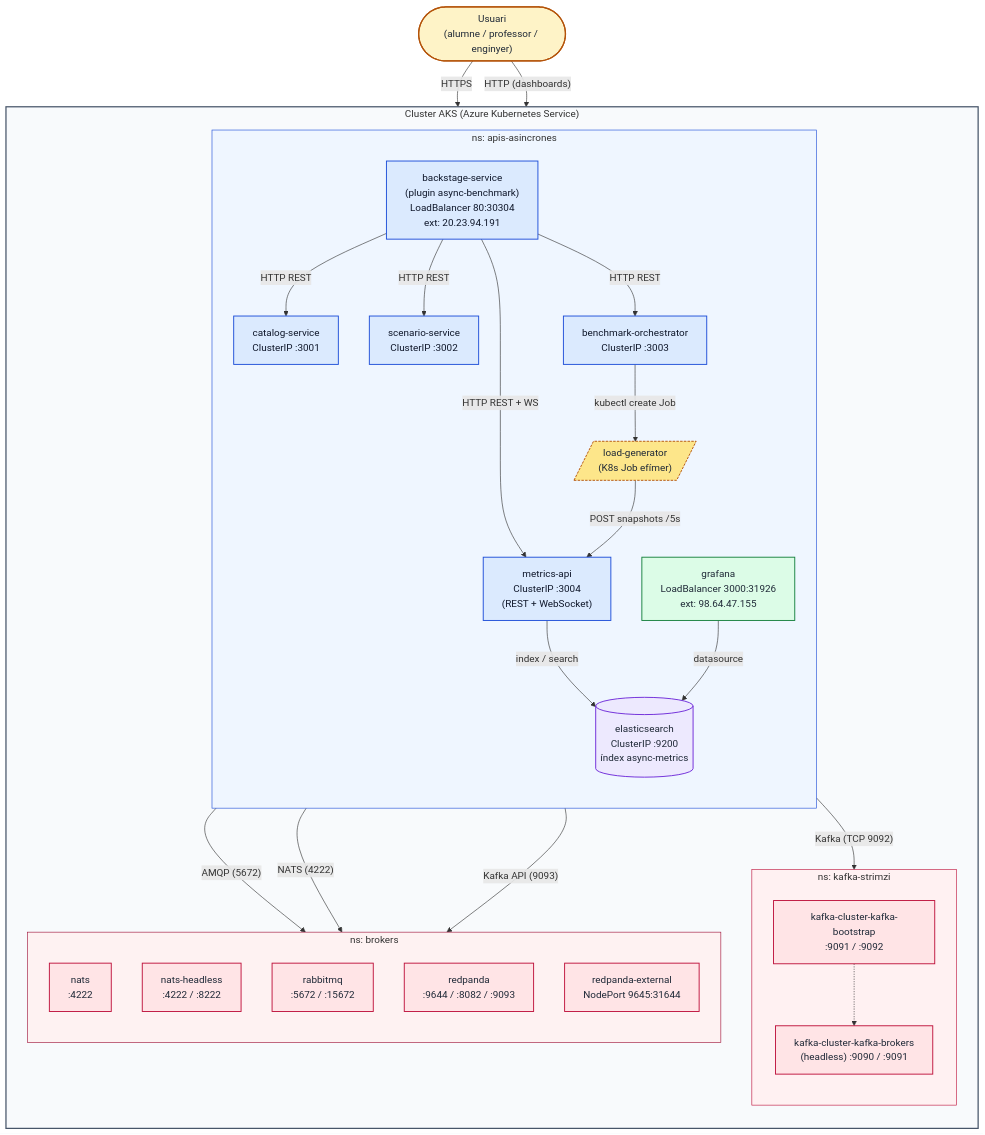
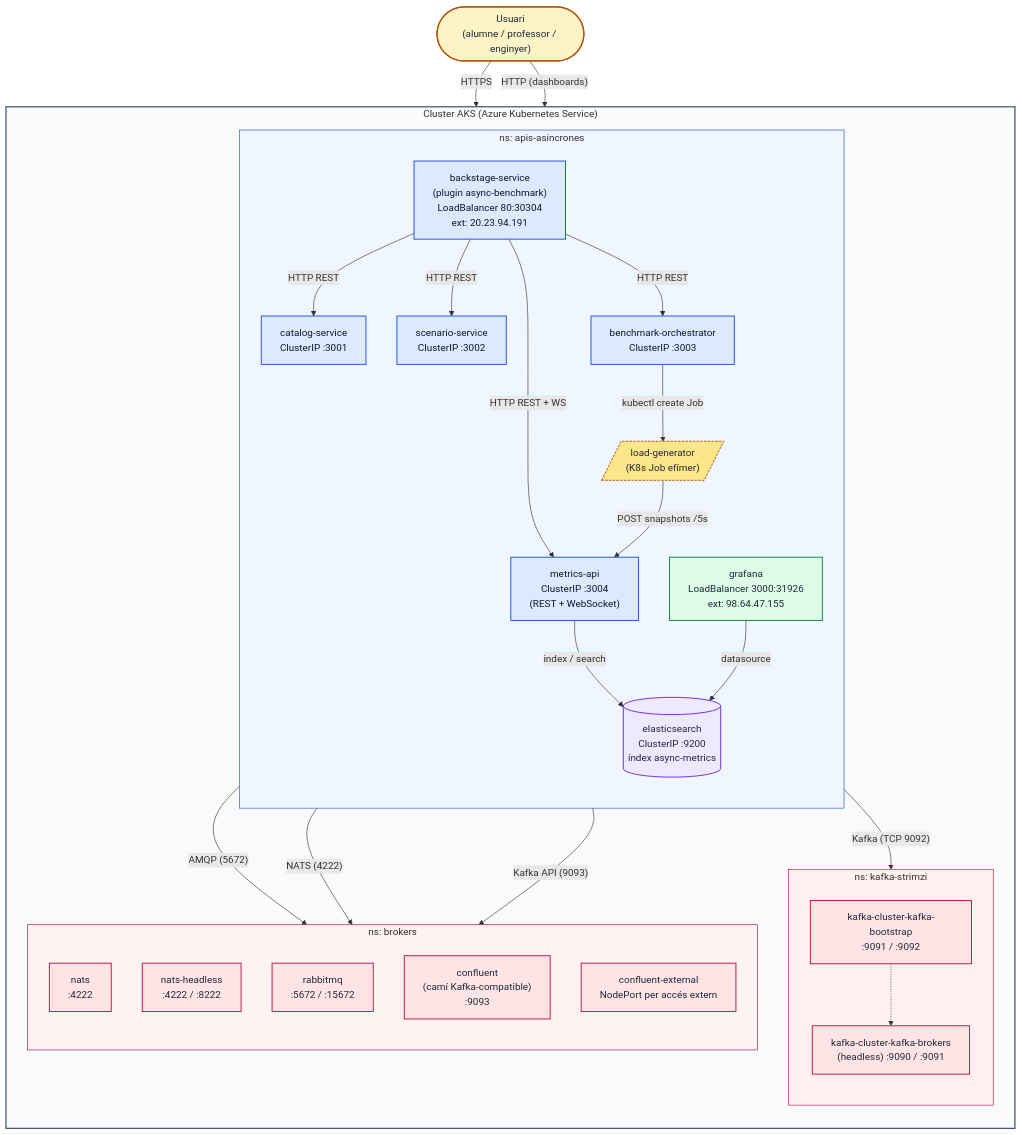
One commit to marcfontt/apis-asincrones changed the diagram in docs/architecture.md. Above: the diagram before and after it, drawn with Mermaid. The commit also changed other lines of this file and 15 other files, not shown here.

````diff
--- a/docs/architecture.md
+++ b/docs/architecture.md
@@ -23,80 +23,80 @@
 ```mermaid
 flowchart TB
     %% Usuari extern
     user(["Usuari<br/>(alumne / professor / enginyer)"]):::external
 
     %% Cluster AKS
     subgraph cluster["Cluster AKS (Azure Kubernetes Service)"]
         direction TB
 
         %% Namespace: apis-asincrones
         subgraph nsApp["ns: apis-asincrones"]
             direction TB
             backstage["backstage-service<br/>(plugin async-benchmark)<br/>LoadBalancer 80:30304<br/>ext: 20.23.94.191"]:::app
             catalog["catalog-service<br/>ClusterIP :3001"]:::app
             scenario["scenario-service<br/>ClusterIP :3002"]:::app
             orchestrator["benchmark-orchestrator<br/>ClusterIP :3003"]:::app
             metrics["metrics-api<br/>ClusterIP :3004<br/>(REST + WebSocket)"]:::app
             es[("elasticsearch<br/>ClusterIP :9200<br/>índex async-metrics")]:::data
             grafana["grafana<br/>LoadBalancer 3000:31926<br/>ext: 98.64.47.155"]:::obs
             loadgen[/"load-generator<br/>(K8s Job efímer)"/]:::job
         end
 
         %% Namespace: kafka-strimzi
         subgraph nsKafka["ns: kafka-strimzi"]
             direction TB
             kafkaBoot["kafka-cluster-kafka-bootstrap<br/>:9091 / :9092"]:::broker
             kafkaBrokers["kafka-cluster-kafka-brokers<br/>(headless) :9090 / :9091"]:::broker
         end
 
         %% Namespace: brokers
         subgraph nsBrokers["ns: brokers"]
             direction TB
             nats["nats<br/>:4222"]:::broker
             natsHl["nats-headless<br/>:4222 / :8222"]:::broker
             rabbit["rabbitmq<br/>:5672 / :15672"]:::broker
-            redpanda["redpanda<br/>:9644 / :8082 / :9093"]:::broker
-            redpandaExt["redpanda-external<br/>NodePort 9645:31644"]:::broker
+            confluent["confluent<br/>(camí Kafka-compatible)<br/>:9093"]:::broker
+            confluentExt["confluent-external<br/>NodePort per accés extern"]:::broker
         end
     end
 
     %% Flux de l'usuari
     user -- "HTTPS" --> backstage
     user -- "HTTP (dashboards)" --> grafana
 
     %% Plugin -> backends interns
     backstage -- "HTTP REST" --> catalog
     backstage -- "HTTP REST" --> scenario
     backstage -- "HTTP REST" --> orchestrator
     backstage -- "HTTP REST + WS" --> metrics
 
     %% Orquestrador desplega Jobs
     orchestrator -- "kubectl create Job" --> loadgen
 
     %% Load generator -> brokers
     loadgen -- "Kafka (TCP 9092)" --> kafkaBoot
     loadgen -- "AMQP (5672)" --> rabbit
     loadgen -- "NATS (4222)" --> nats
-    loadgen -- "Kafka API (9093)" --> redpanda
+    loadgen -- "Kafka API (9093)" --> confluent
 
     %% Mètriques
     loadgen -- "POST snapshots /5s" --> metrics
     metrics -- "index / search" --> es
     grafana -- "datasource" --> es
 
     %% Strimzi internal
     kafkaBoot -.-> kafkaBrokers
 
     %% Estils per namespace
     classDef external fill:#fef3c7,stroke:#b45309,stroke-width:2px,color:#1f2937;
     classDef app     fill:#dbeafe,stroke:#1d4ed8,stroke-width:1.5px,color:#0f172a;
     classDef data    fill:#ede9fe,stroke:#6d28d9,stroke-width:1.5px,color:#1f2937;
     classDef obs     fill:#dcfce7,stroke:#15803d,stroke-width:1.5px,color:#1f2937;
     classDef broker  fill:#ffe4e6,stroke:#be123c,stroke-width:1.5px,color:#1f2937;
     classDef job     fill:#fde68a,stroke:#b45309,stroke-width:1.5px,color:#1f2937,stroke-dasharray: 4 2;
 
     style cluster   fill:#f8fafc,stroke:#475569,stroke-width:2px
     style nsApp     fill:#eff6ff,stroke:#1d4ed8,stroke-width:1px
     style nsKafka   fill:#fff1f2,stroke:#be123c,stroke-width:1px
     style nsBrokers fill:#fef2f2,stroke:#9f1239,stroke-width:1px
 ```
````
